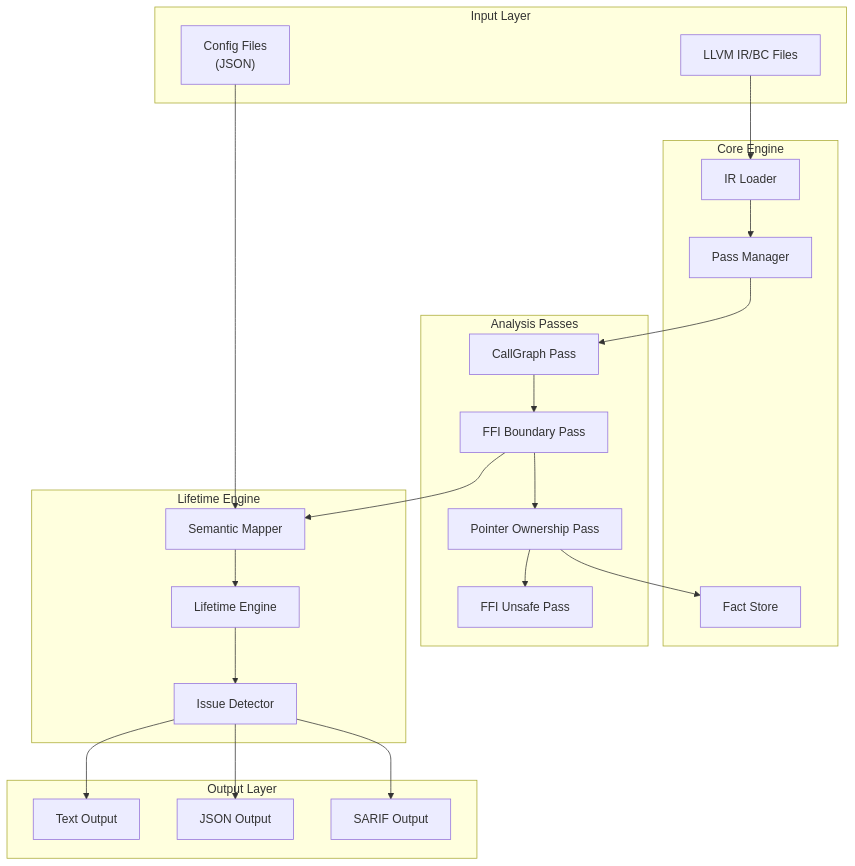
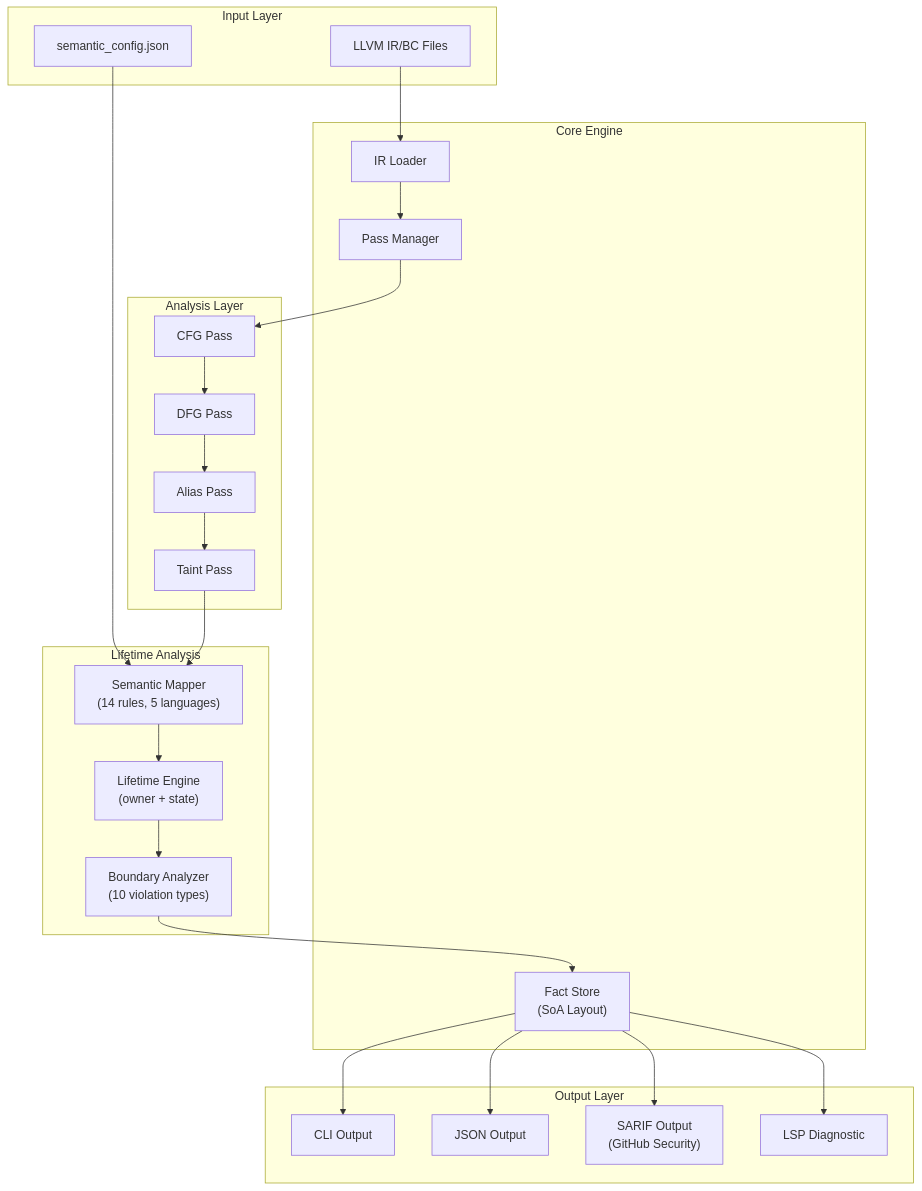
Before and after one commit to Timwood0x10/OmniScope: the second of 4 diagrams in README.md, drawn with Mermaid. The commit also changed other lines of this file and 9 other files, not shown here.

````diff
--- a/README.md
+++ b/README.md
@@ -121,47 +113,49 @@
 ```mermaid
 graph TB
     subgraph Input["Input Layer"]
         IR["LLVM IR/BC Files"]
-        Config["Config Files<br/>(JSON)"]
+        Config["semantic_config.json"]
     end
-    
+
     subgraph Core["Core Engine"]
         Loader["IR Loader"]
         PassMgr["Pass Manager"]
-        FactStore["Fact Store"]
+        FactStore["Fact Store<br/>(SoA Layout)"]
     end
-    
-    subgraph Passes["Analysis Passes"]
-        CG["CallGraph Pass"]
-        FFI["FFI Boundary Pass"]
-        Own["Pointer Ownership Pass"]
-        Unsafe["FFI Unsafe Pass"]
+
+    subgraph Analysis["Analysis Layer"]
+        CFG["CFG Pass"]
+        DFG["DFG Pass"]
+        Alias["Alias Pass"]
+        Taint["Taint Pass"]
     end
-    
-    subgraph Lifetime["Lifetime Engine"]
-        Mapper["Semantic Mapper"]
-        Engine["Lifetime Engine"]
-        Detector["Issue Detector"]
+
+    subgraph Lifetime["Lifetime Analysis"]
+        Mapper["Semantic Mapper<br/>(14 rules, 5 languages)"]
+        Engine["Lifetime Engine<br/>(owner + state)"]
+        Boundary["Boundary Analyzer<br/>(10 violation types)"]
     end
-    
+
     subgraph Output["Output Layer"]
-        Text["Text Output"]
+        CLI["CLI Output"]
         JSON["JSON Output"]
-        SARIF["SARIF Output"]
+        SARIF["SARIF Output<br/>(GitHub Security)"]
+        LSP["LSP Diagnostic"]
     end
-    
+
     IR --> Loader
     Config --> Mapper
     Loader --> PassMgr
-    PassMgr --> CG
-    CG --> FFI
-    FFI --> Own
-    Own --> Unsafe
-    FFI --> Mapper
-    Own --> FactStore
+    PassMgr --> CFG
+    CFG --> DFG
+    DFG --> Alias
+    Alias --> Taint
+    Taint --> Mapper
     Mapper --> Engine
-    Engine --> Detector
-    Detector --> Text
-    Detector --> JSON
-    Detector --> SARIF
+    Engine --> Boundary
+    Boundary --> FactStore
+    FactStore --> CLI
+    FactStore --> JSON
+    FactStore --> SARIF
+    FactStore --> LSP
 ```
````
